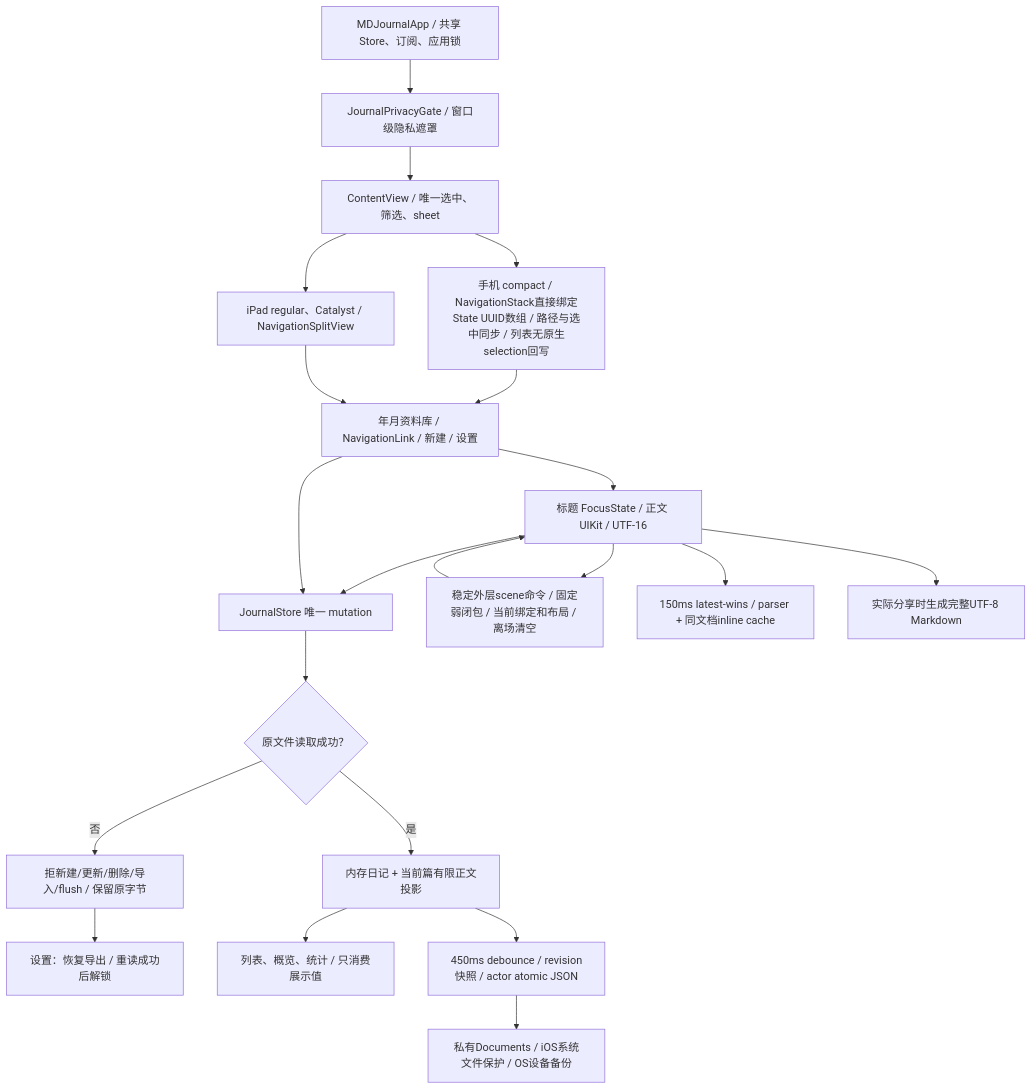
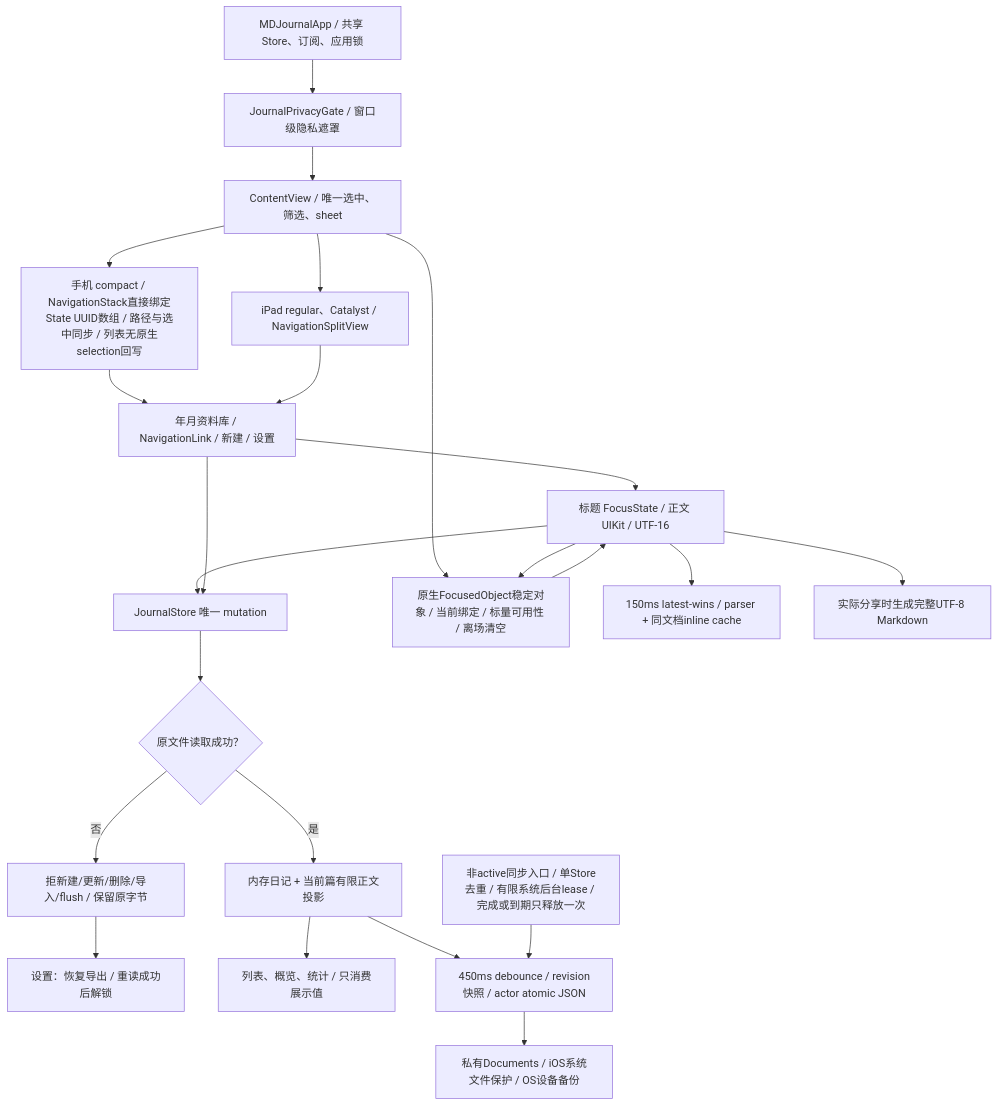
The first of 4 diagrams in md/flow/flowchart.md (Altman-sam114/117), drawn with Mermaid before and after one commit. The commit also changed other lines of this file and 13 other files, not shown here.

````diff
--- a/md/flow/flowchart.md
+++ b/md/flow/flowchart.md
@@ -5,23 +5,25 @@
 ```mermaid
 flowchart TD
   App["MDJournalApp / 共享 Store、订阅、应用锁"] --> Gate["JournalPrivacyGate / 窗口级隐私遮罩"]
   Gate --> Content["ContentView / 唯一选中、筛选、sheet"]
   Content --> Compact["手机 compact / NavigationStack直接绑定State UUID数组 / 路径与选中同步 / 列表无原生selection回写"]
   Content --> Regular["iPad regular、Catalyst / NavigationSplitView"]
   Compact --> Library["年月资料库 / NavigationLink / 新建 / 设置"]
   Regular --> Library
   Library --> Editor["标题 FocusState / 正文 UIKit / UTF-16"]
   Editor --> Mutation["JournalStore 唯一 mutation"]
   Library --> Mutation
   Mutation --> Health{"原文件读取成功？"}
   Health -- "否" --> Protect["拒新建/更新/删除/导入/flush / 保留原字节"]
   Protect --> Recovery["设置：恢复导出 / 重读成功后解锁"]
   Health -- "是" --> State["内存日记 + 当前篇有限正文投影"]
   State --> ListStats["列表、概览、统计 / 只消费展示值"]
   State --> Save["450ms debounce / revision快照 / actor atomic JSON"]
   Save --> File["私有Documents / iOS系统文件保护 / OS设备备份"]
-  Editor --> Commands["稳定外层scene命令 / 固定弱闭包 / 当前绑定和布局 / 离场清空"]
+  BackgroundSave["非active同步入口 / 单Store去重 / 有限系统后台lease / 完成或到期只释放一次"] --> Save
+  Content --> Commands["原生FocusedObject稳定对象 / 当前绑定 / 标量可用性 / 离场清空"]
+  Editor --> Commands
   Commands --> Editor
   Editor --> Preview["150ms latest-wins / parser + 同文档inline cache"]
   Editor --> Share["实际分享时生成完整UTF-8 Markdown"]
 ```
````
